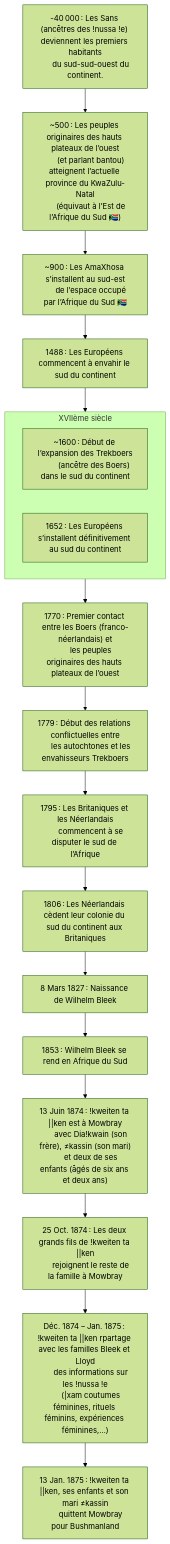
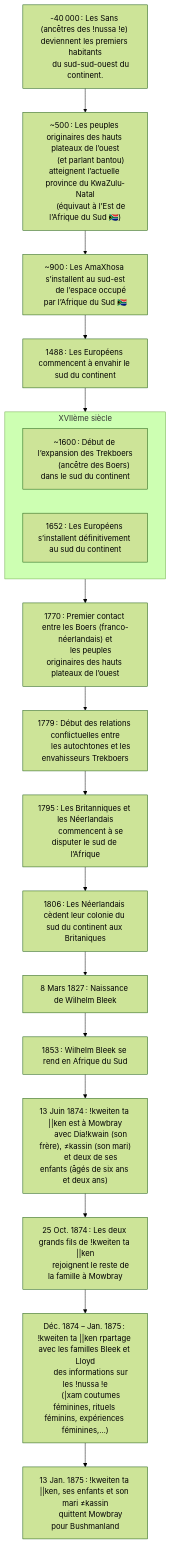
One commit to ba-moun/Ba-Moun-Save changed the diagram in en-cours/personnalite/femme/chasseuse-ceuilleuse/rachel.md. Above: the diagram before and after it, drawn with Mermaid (forest theme). The commit also changed other lines of this file, not shown here.

Commit message:
docs: update en-cours/personnalite/femme/chasseuse-ceuilleuse/rachel

````diff
--- a/en-cours/personnalite/femme/chasseuse-ceuilleuse/rachel.md
+++ b/en-cours/personnalite/femme/chasseuse-ceuilleuse/rachel.md
@@ -28,59 +28,59 @@
 ```mermaid
 flowchart TB
    
    Khoïsan["-40 000 : Les Sans (ancêtres des !nussa !e) deviennent les premiers habitants
       du sud-sud-ouest du continent."]
    
    grassland["~500 : Les peuples originaires des hauts plateaux de l’ouest
       (et parlant bantou) atteignent l’actuelle province du KwaZulu-Natal
       (équivaut à l’Est de l’Afrique du Sud 🇿🇦)"]
    
    amaXhosa["~900 : Les AmaXhosa s’installent au sud-est
       de l’espace occupé par l’Afrique du Sud 🇿🇦"]
    
    europeanInvasion["1488 : Les Européens commencent à envahir le sud du continent"]
    
    subgraph 17thCentury["XVIIème siècle"]
       boersExpantion["~1600 : Début de l’expansion des Trekboers
          (ancêtre des Boers) dans le sud du continent"]
       
       europeanInvasionNextStep["1652 : Les Européens s’installent définitivement au sud du continent"]
    end
    
    boersArrive["1770 : Premier contact entre les Boers (franco-néerlandais) et
       les peuples originaires des hauts plateaux de l’ouest"]
    
    boersConflict["1779 : Début des relations conflictuelles entre
       les autochtones et les envahisseurs Trekboers"]
       
-   europeanFightInZABegin["1795 : Les Britaniques et les Néerlandais
+   europeanFightInZABegin["1795 : Les Britanniques et les Néerlandais
       commencent à se disputer le sud de l’Afrique"]
    
 
    europeanFightInZAEnd["1806 : Les Néerlandais cèdent leur colonie du sud du continent aux Britaniques"]
                
    wilhelmBleekbirth["8 Mars 1827 : Naissance de Wilhelm Bleek"]
                
    wBleekInZA["1853 : Wilhelm Bleek se rend en Afrique du Sud"]
       
    kweitenTaKenInMowbray["13 Juin 1874 : !kweiten ta ||ken est à Mowbray
       avec Dia!kwain (son frère), ≠kassin (son mari)
       et deux de ses enfants (âgés de six ans et deux ans)"]
                
    kTKOlderSons["25 Oct. 1874 : Les deux grands fils de !kweiten ta ||ken
       rejoignent le reste de la famille à Mowbray"]
    
    kTKInformator["Déc. 1874 − Jan. 1875 : !kweiten ta ||ken rpartage avec les familles Bleek et Lloyd
       des informations sur les !nussa !e
       (|xam coutumes féminines, rituels féminins, expériences féminines,…)"]
       
    kTKLittleFamilyLeaveMowbray["13 Jan. 1875 : !kweiten ta ||ken, ses enfants et son mari ≠kassin
       quittent Mowbray pour Bushmanland"]
    
    Khoïsan --> grassland --> amaXhosa --> europeanInvasion -->
    17thCentury --> boersArrive --> boersConflict --> 
    europeanFightInZABegin --> europeanFightInZAEnd -->
    wilhelmBleekbirth --> wBleekInZA --> kweitenTaKenInMowbray -->
    kTKOlderSons --> kTKInformator --> kTKLittleFamilyLeaveMowbray
    
 ```
````
